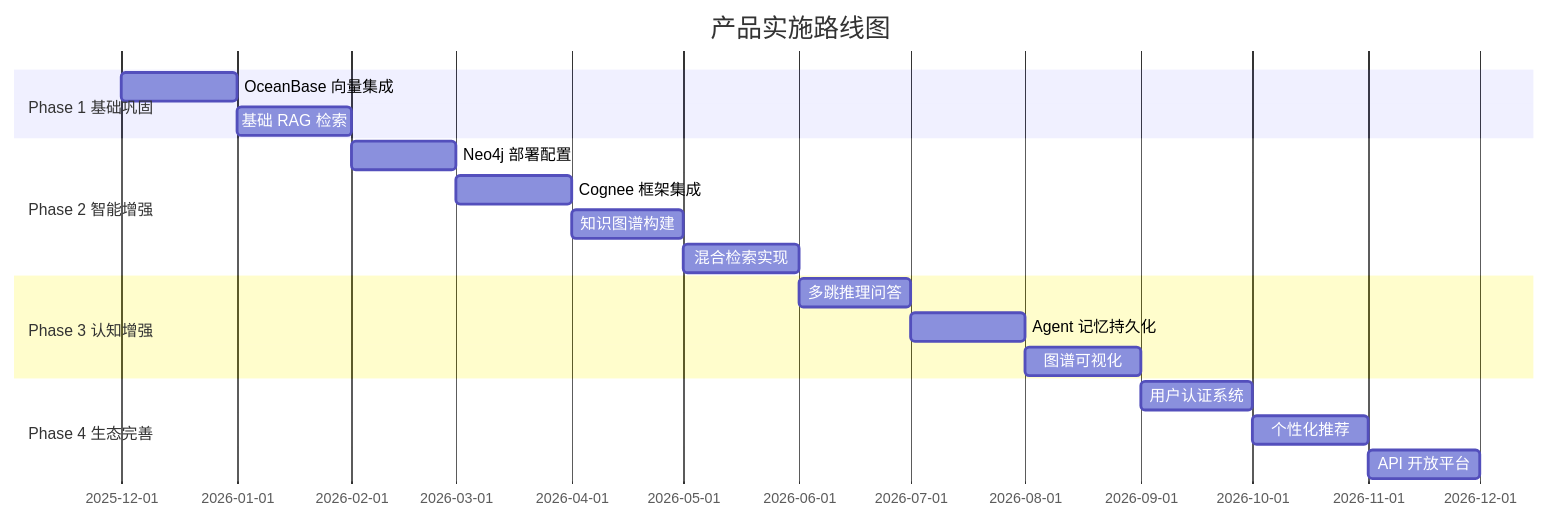
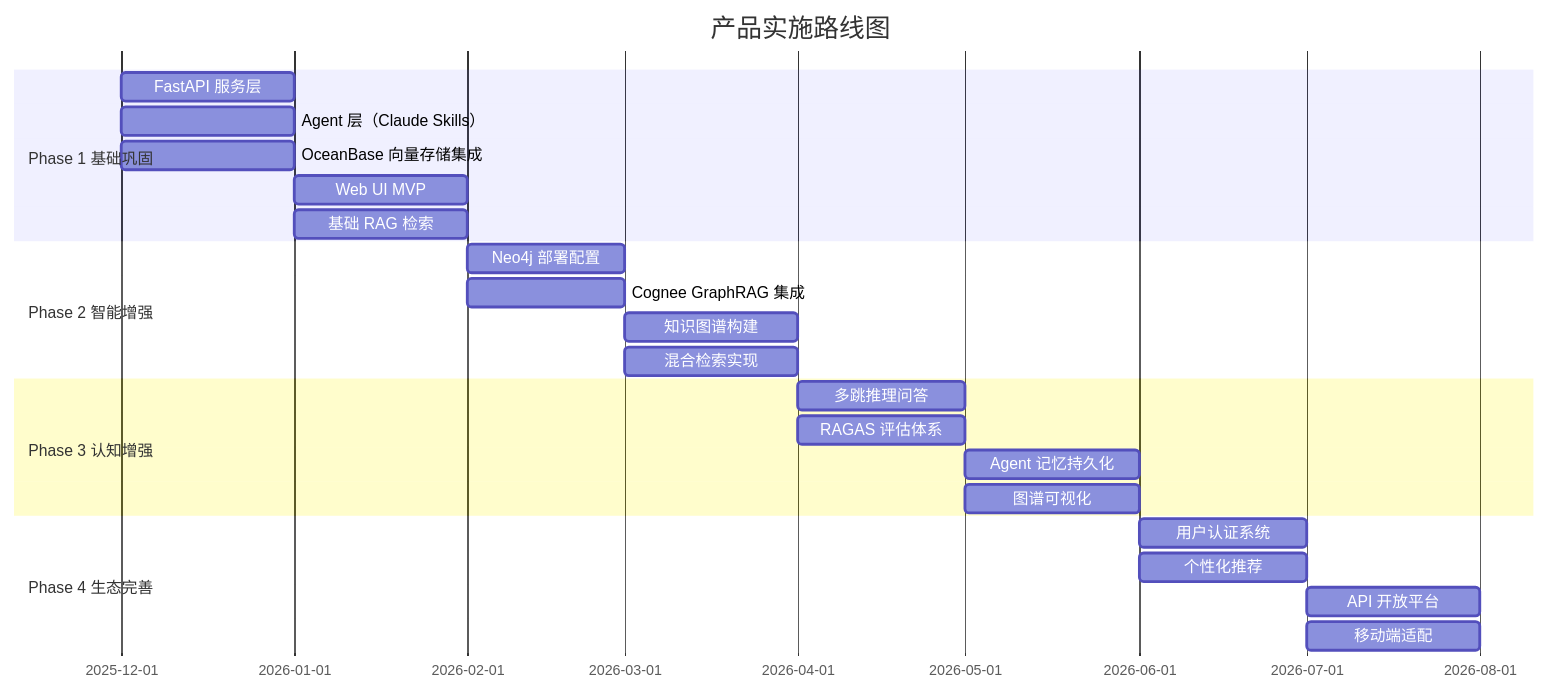
Before and after one commit to ThreeFish-AI/agentic-ai-cognizes: diagram 19 of 19 in docs/000-prd-architecture.md, drawn with Mermaid. The commit also changed other lines of this file and 1 other file, not shown here.

First line of the commit message:
refactor(Architecture): 整合设计原则，优化实施路线时间规划;

````diff
--- a/docs/000-prd-architecture.md
+++ b/docs/000-prd-architecture.md
@@ -947,25 +958,30 @@
 ```mermaid
 gantt
     title 产品实施路线图
     dateFormat  YYYY-MM
 
     section Phase 1 基础巩固
-    OceanBase 向量集成      :2025-12, 2026-01
+    FastAPI 服务层          :2025-12, 2026-01
+    Agent 层（Claude Skills）:2025-12, 2026-01
+    OceanBase 向量存储集成  :2025-12, 2026-01
+    Web UI MVP             :2026-01, 2026-02
     基础 RAG 检索           :2026-01, 2026-02
 
     section Phase 2 智能增强
     Neo4j 部署配置          :2026-02, 2026-03
-    Cognee 框架集成         :2026-03, 2026-04
-    知识图谱构建            :2026-04, 2026-05
-    混合检索实现            :2026-05, 2026-06
+    Cognee GraphRAG 集成    :2026-02, 2026-03
+    知识图谱构建            :2026-03, 2026-04
+    混合检索实现            :2026-03, 2026-04
 
     section Phase 3 认知增强
-    多跳推理问答            :2026-06, 2026-07
-    Agent 记忆持久化        :2026-07, 2026-08
-    图谱可视化              :2026-08, 2026-09
+    多跳推理问答            :2026-04, 2026-05
+    RAGAS 评估体系          :2026-04, 2026-05
+    Agent 记忆持久化        :2026-05, 2026-06
+    图谱可视化              :2026-05, 2026-06
 
     section Phase 4 生态完善
-    用户认证系统            :2026-09, 2026-10
-    个性化推荐              :2026-10, 2026-11
-    API 开放平台            :2026-11, 2026-12
+    用户认证系统            :2026-06, 2026-07
+    个性化推荐              :2026-06, 2026-07
+    API 开放平台            :2026-07, 2026-08
+    移动端适配              :2026-07, 2026-08
 ```
````
